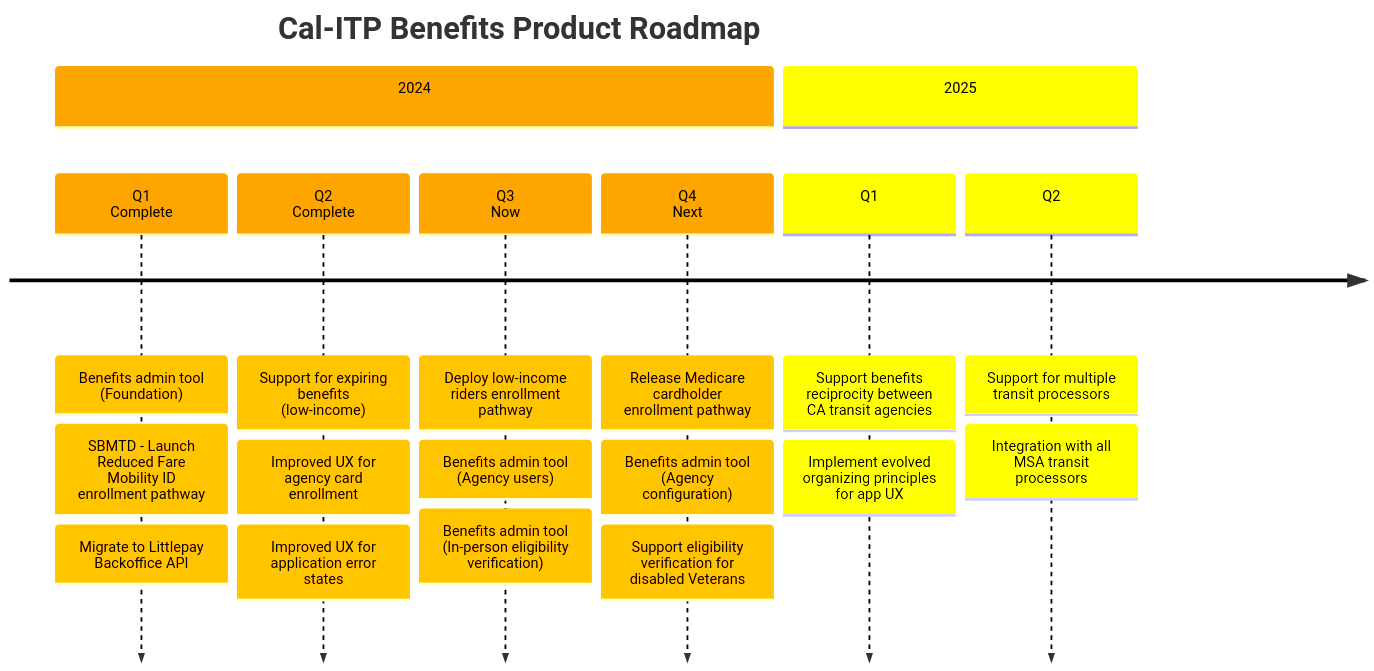
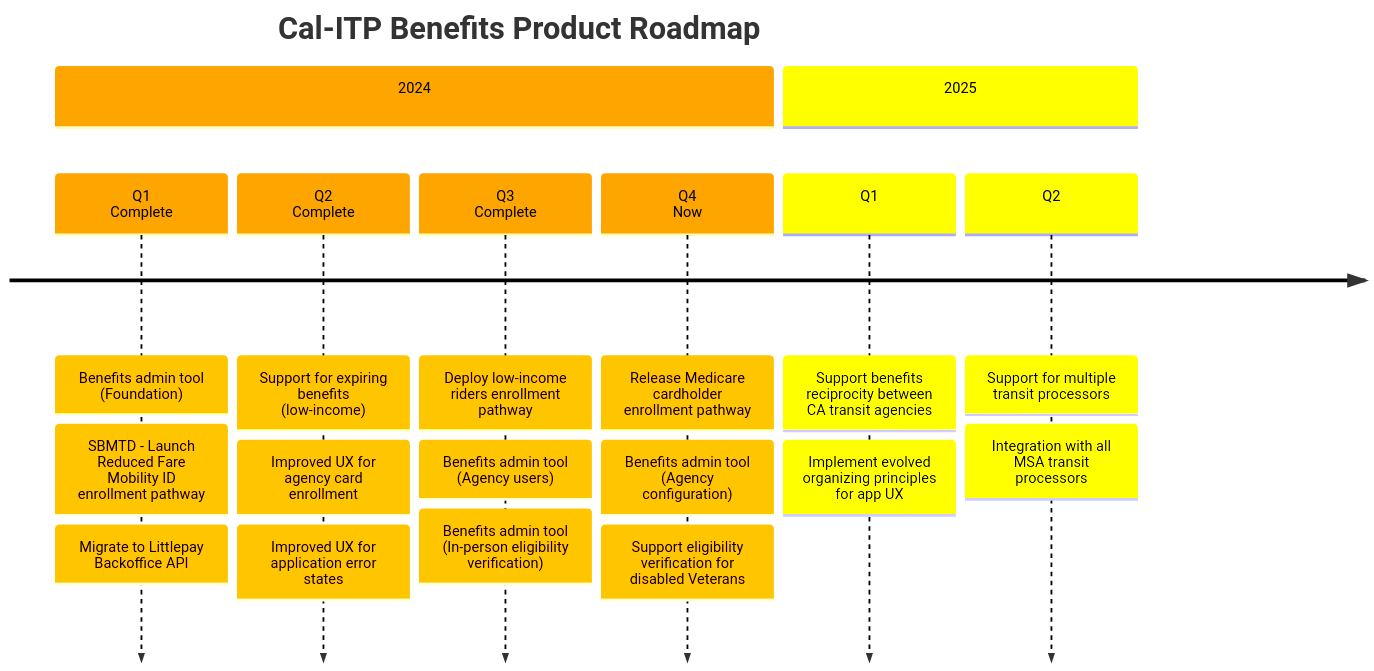
The diagram in docs/enrollment-pathways/README.md (cal-itp/benefits), drawn with Mermaid before and after one commit.

Commit message:
End of Q3 roadmap updates
- Changed Q3 label to "Complete"
- Changed Q3 label to "Now"

````diff
--- a/docs/enrollment-pathways/README.md
+++ b/docs/enrollment-pathways/README.md
@@ -19,53 +19,53 @@
 ```mermaid
 timeline
     title Cal-ITP Benefits Product Roadmap
 %% Cal-ITP Benefits Epics (2024)
           section 2024
 
           Q1<br>Complete
           : Benefits admin tool (Foundation)
           : SBMTD - Launch Reduced Fare Mobility ID enrollment pathway
           : Migrate to Littlepay Backoffice API
 
           Q2<br>Complete
           : Support for expiring benefits (low-income)
           : Improved UX for agency card enrollment
           : Improved UX for application error states
 
-          Q3<br>Now
+          Q3<br>Complete
           : Deploy low-income riders enrollment pathway
           : Benefits admin tool (Agency users)
           : Benefits admin tool (In-person eligibility verification)
 
-          Q4<br>Next
+          Q4<br>Now
           : Release Medicare cardholder enrollment pathway
           : Benefits admin tool (Agency configuration)
           : Support eligibility verification for disabled Veterans
 
 %% Cal-ITP Benefits Epics (2025)
           section 2025
 
           Q1
           : Support benefits reciprocity between CA transit agencies
           : Implement evolved organizing principles for app UX
 
           Q2
           : Support for multiple transit processors
           : Integration with all MSA transit processors
 
 %%{
     init: {
         'logLevel': 'debug',
         'theme': 'default' ,
         'themeVariables': {
             'cScale0': '#ffa500', 'cScaleLabel0': '#000000',
             'cScale1': '#ffff00', 'cScaleLabel1': '#000000',
             'cScale2': '#ffff00', 'cScaleLabel2': '#000000',
             'cScale3': '#008000', 'cScaleLabel3': '#ffffff',
             'cScale4': '#0000ff', 'cScaleLabel4': '#ffffff',
             'cScale5': '#4b0082', 'cScaleLabel5': '#ffffff',
             'cScale6': '#000000', 'cScaleLabel6': '#ffffff'
         }
     }
 }%%
 ```
````
